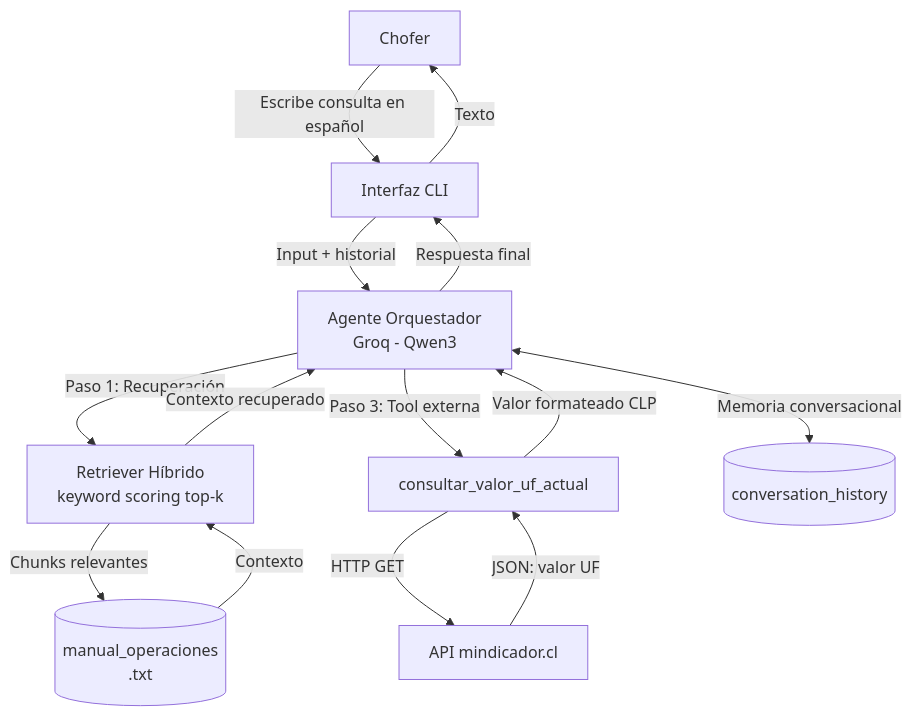
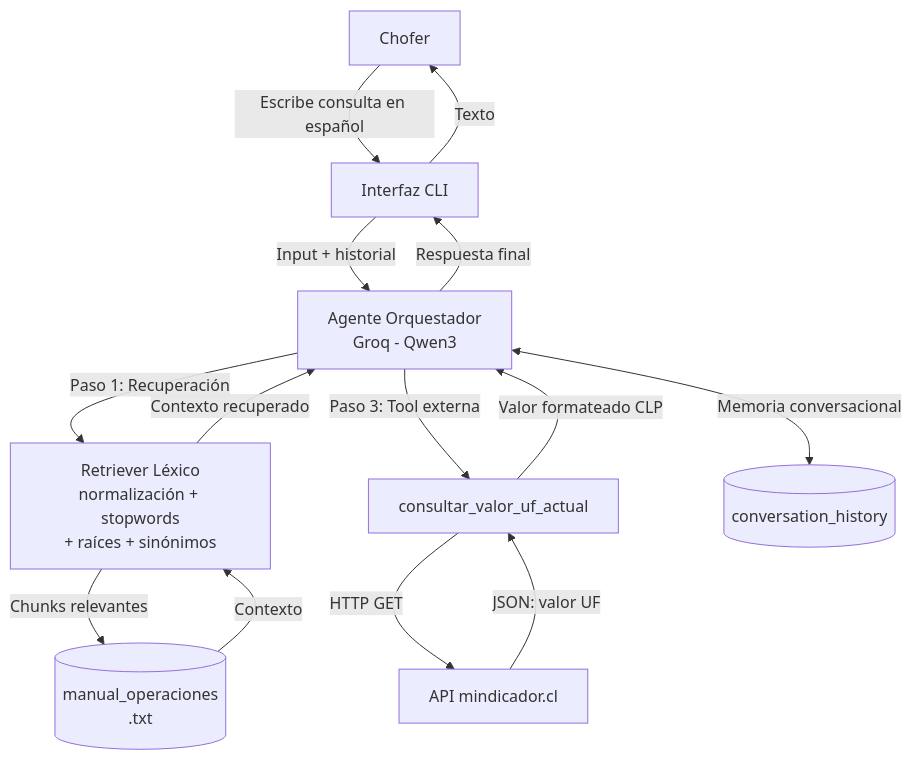
One commit to niccastillo23/ev1IA changed the diagram in docs/arquitectura.md. Above: the diagram before and after it, drawn with Mermaid. The commit also changed other lines of this file and 4 other files, not shown here.

````diff
--- a/docs/arquitectura.md
+++ b/docs/arquitectura.md
@@ -5,21 +5,21 @@
 ```mermaid
 flowchart TD
     A[Chofer] -->|Escribe consulta en español| B[Interfaz CLI]
     B -->|Input + historial| C[Agente Orquestador<br/>Groq - Qwen3]
 
-    C -->|Paso 1: Recuperación| D[Retriever Híbrido<br/>keyword scoring top-k]
+    C -->|Paso 1: Recuperación| D[Retriever Léxico<br/>normalización + stopwords<br/>+ raíces + sinónimos]
     C -->|Paso 3: Tool externa| E[consultar_valor_uf_actual]
 
     D -->|Chunks relevantes| F[(manual_operaciones<br/>.txt)]
     F -->|Contexto| D
     D -->|Contexto recuperado| C
 
     E -->|HTTP GET| G[API mindicador.cl]
     G -->|JSON: valor UF| E
     E -->|Valor formateado CLP| C
 
     C -->|Respuesta final| B
     B -->|Texto| A
 
     C <-->|Memoria conversacional| H[(conversation_history)]
 ```
````
